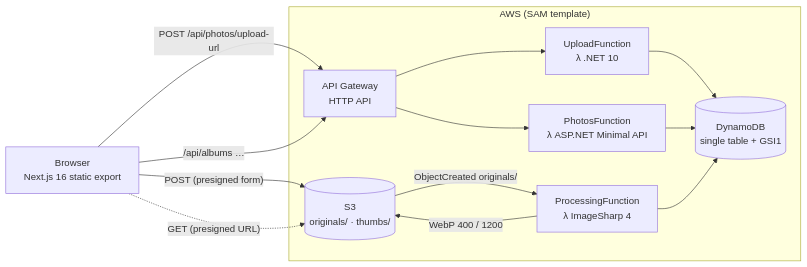
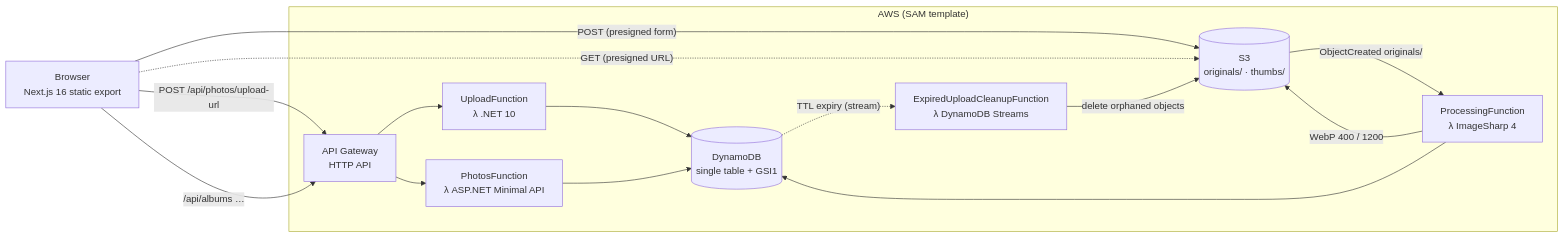
The first of 2 diagrams in README.md (Marokos999/photo-gallery), drawn with Mermaid before and after one commit. The commit also changed other lines of this file and 22 other files, not shown here.

First line of the commit message:
refactor: shared validation and identity, GSI1 for shares, expired-upload cleanup

````diff
--- a/README.md
+++ b/README.md
@@ -30,25 +30,28 @@
 ```mermaid
 flowchart LR
     browser["Browser<br/>Next.js 16 static export"]
 
     subgraph aws["AWS (SAM template)"]
         api["API Gateway<br/>HTTP API"]
         upload["UploadFunction<br/>λ .NET 10"]
         photos["PhotosFunction<br/>λ ASP.NET Minimal API"]
         processing["ProcessingFunction<br/>λ ImageSharp 4"]
+        cleanup["ExpiredUploadCleanupFunction<br/>λ DynamoDB Streams"]
         s3[("S3<br/>originals/ · thumbs/")]
         ddb[("DynamoDB<br/>single table + GSI1")]
     end
 
     browser -- "POST /api/photos/upload-url" --> api
     browser -- "/api/albums …" --> api
     api --> upload
     api --> photos
     browser -- "POST (presigned form)" --> s3
     s3 -- "ObjectCreated originals/" --> processing
     processing -- "WebP 400 / 1200" --> s3
     upload --> ddb
     photos --> ddb
     processing --> ddb
     browser -. "GET (presigned URL)" .-> s3
+    ddb -. "TTL expiry (stream)" .-> cleanup
+    cleanup -- "delete orphaned objects" --> s3
 ```
````
